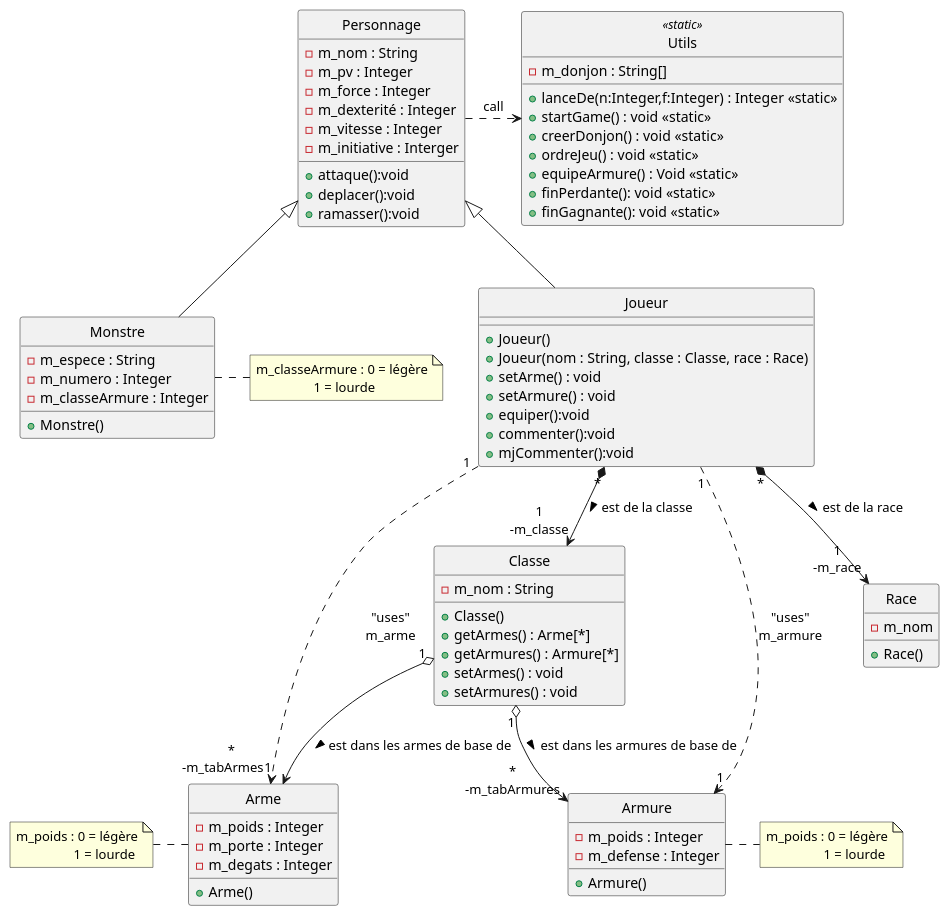
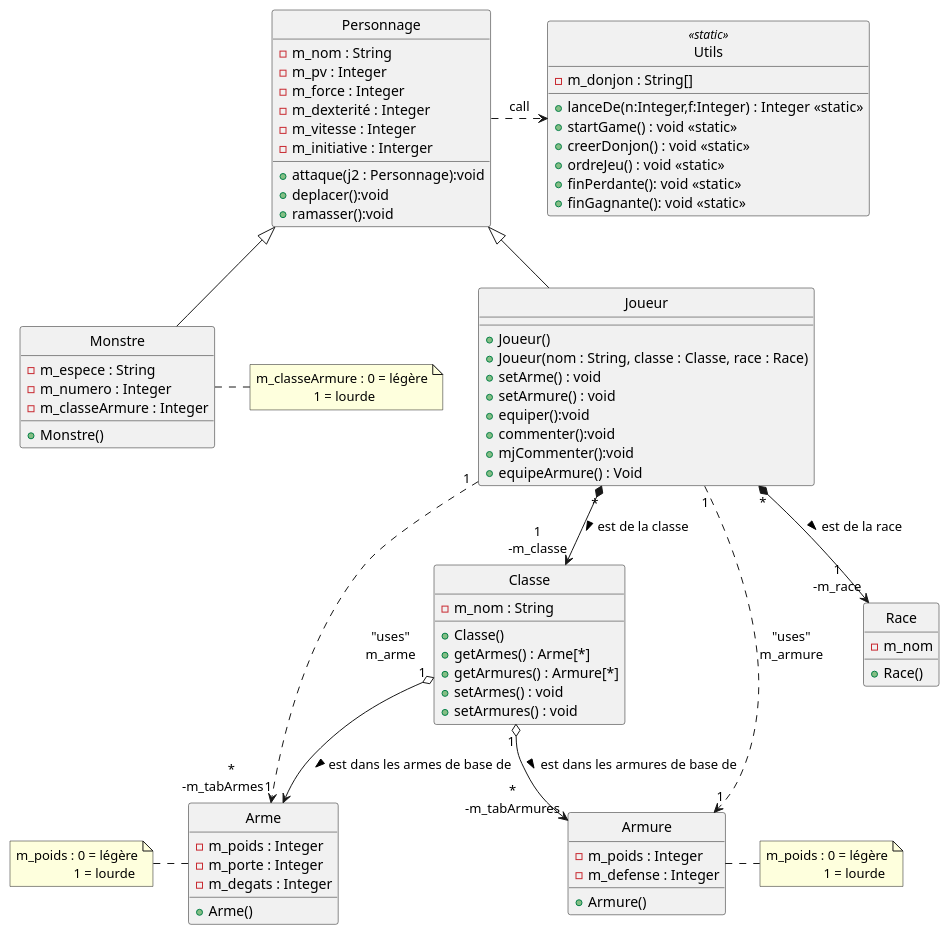
The diagram in uml/semaine1.puml (AbdullahPro2/DOOnjon-Dragon), drawn with PlantUML before and after one commit.

```diff
--- a/uml/semaine1.puml
+++ b/uml/semaine1.puml
@@ -1,97 +1,97 @@
 @startuml
 'https://plantuml.com/class-diagram
 skinparam style strictuml
 
 class Arme{
     +Arme()
     -m_poids : Integer
     -m_porte : Integer
     -m_degats : Integer
 }
 
 note left of Arme
 m_poids : 0 = légère
                  1 = lourde
 end note
 
 class Armure{
     +Armure()
     -m_poids : Integer
     -m_defense : Integer
 }
 
 note right of Armure
 m_poids : 0 = légère
                  1 = lourde
 end note
 
 class Personnage{
     -m_nom : String
     -m_pv : Integer
     -m_force : Integer
     -m_dexterité : Integer
     -m_vitesse : Integer
     -m_initiative : Interger
-    +attaque():void
+    +attaque(j2 : Personnage):void
     +deplacer():void
     +ramasser():void
 }
 
 class Joueur{
     +Joueur()
     +Joueur(nom : String, classe : Classe, race : Race)
     +setArme() : void
     +setArmure() : void
     +equiper():void
     +commenter():void
     +mjCommenter():void
+    +equipeArmure() : Void
 }
 
 class Monstre {
     +Monstre()
     -m_espece : String
     -m_numero : Integer
     -m_classeArmure : Integer
 }
 
 note left of Monstre
 m_classeArmure : 0 = légère
                  1 = lourde
 end note
 
 class Classe {
     +Classe()
     -m_nom : String
     +getArmes() : Arme[*]
     +getArmures() : Armure[*]
     +setArmes() : void
     +setArmures() : void
 }
 
 class Race{
     +Race()
     -m_nom
 }
 
 class Utils <<static>>{
     -m_donjon : String[]
     +lanceDe(n:Integer,f:Integer) : Integer <<static>>
     +startGame() : void <<static>>
     +creerDonjon() : void <<static>>
     +ordreJeu() : void <<static>>
-    +equipeArmure() : Void <<static>>
     +finPerdante(): void <<static>>
     +finGagnante(): void <<static>>
 }
 
 Personnage <|-- Joueur
 Personnage <|-- Monstre
 Joueur "*" *--> "1\n-m_classe" Classe :  est de la classe >
 Classe "1" o--> "*\n-m_tabArmes     " Arme :  est dans les armes de base de >
 Classe "1" o--> "*\n-m_tabArmures" Armure :  est dans les armures de base de >
 Personnage .> Utils : "«call»"
 Joueur "*" *--> "1\n-m_race" Race :  est de la race >
 Joueur "1" .> "1" Arme : "uses"\nm_arme
 Joueur "1" .> "1" Armure : "uses"\nm_armure
 
 @enduml
```
